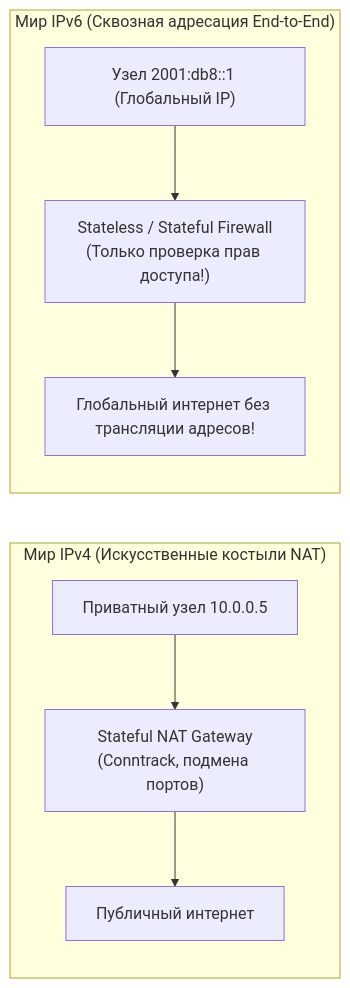
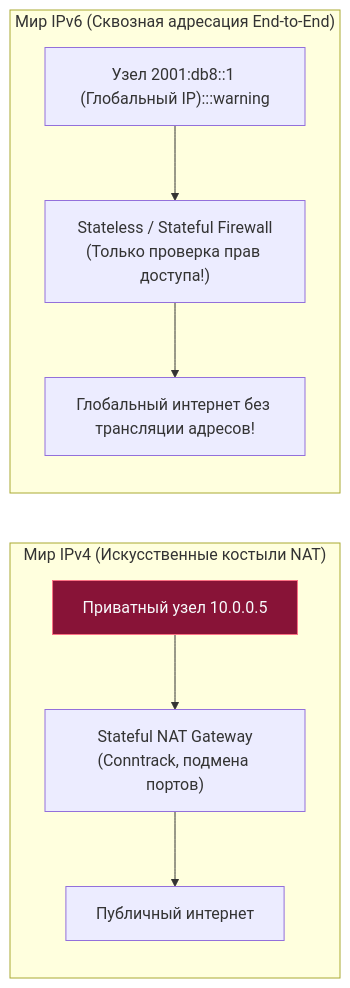
Before and after one commit to UnrealTemplier/go-textbook: the sixth of 6 diagrams in sources/3. Компьютерные сети и сетевой стек/8. NAT, PAT и почему приватные сети работают через один IP.md, drawn with Mermaid. The commit also changed other lines of this file and 1666 other files, not shown here.

First line of the commit message:
feat(mermaid): add semantic color classDef to 1369 colorless flowchart/graph diagrams

````diff
--- a/sources/3. Компьютерные сети и сетевой стек/8. NAT, PAT и почему приватные сети работают через один IP.md
+++ b/sources/3. Компьютерные сети и сетевой стек/8. NAT, PAT и почему приватные сети работают через один IP.md
@@ -281,12 +321,22 @@
 ```mermaid
 flowchart LR
+    classDef process  fill:#1e293b,stroke:#38bdf8,stroke-width:1px,color:#f8fafc
+    classDef success  fill:#064e3b,stroke:#34d399,stroke-width:1px,color:#f8fafc
+    classDef error    fill:#7f1d1d,stroke:#f87171,stroke-width:1px,color:#f8fafc
+    classDef warning  fill:#78350f,stroke:#fbbf24,stroke-width:1px,color:#f8fafc
+    classDef entry    fill:#1e3a5f,stroke:#38bdf8,stroke-width:2px,color:#f8fafc
+    classDef aux      fill:#334155,stroke:#64748b,stroke-width:1px,color:#f8fafc
+    classDef system   fill:#312e81,stroke:#a78bfa,stroke-width:1px,color:#f8fafc
+    classDef data     fill:#132d29,stroke:#2dd4bf,stroke-width:1px,color:#f8fafc
+    classDef network  fill:#881337,stroke:#fb7185,stroke-width:1px,color:#f8fafc
+    classDef accent   fill:#1e1b4b,stroke:#818cf8,stroke-width:1px,color:#f8fafc
     subgraph IPv4_World ["Мир IPv4 (Искусственные костыли NAT)"]
-        PrivHost["Приватный узел 10.0.0.5"] --> NAT_Box["Stateful NAT Gateway<br/>(Conntrack, подмена портов)"]
+        PrivHost["Приватный узел 10.0.0.5"]:::network --> NAT_Box["Stateful NAT Gateway<br/>(Conntrack, подмена портов)"]
         NAT_Box --> PubNet["Публичный интернет"]
     end
 
     subgraph IPv6_World ["Мир IPv6 (Сквозная адресация End-to-End)"]
-        V6Host["Узел 2001:db8::1 (Глобальный IP)"] --> Firewall["Stateless / Stateful Firewall<br/>(Только проверка прав доступа!)"]
+        V6Host["Узел 2001:db8::1 (Глобальный IP):::warning"] --> Firewall["Stateless / Stateful Firewall<br/>(Только проверка прав доступа!)"]
         Firewall --> V6Net["Глобальный интернет без трансляции адресов!"]
     end
 ```
````
